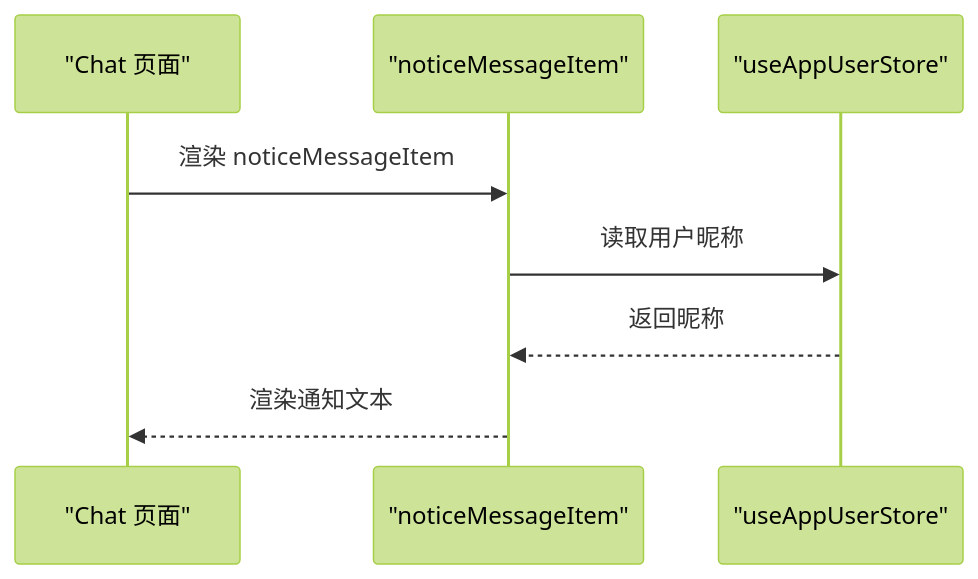
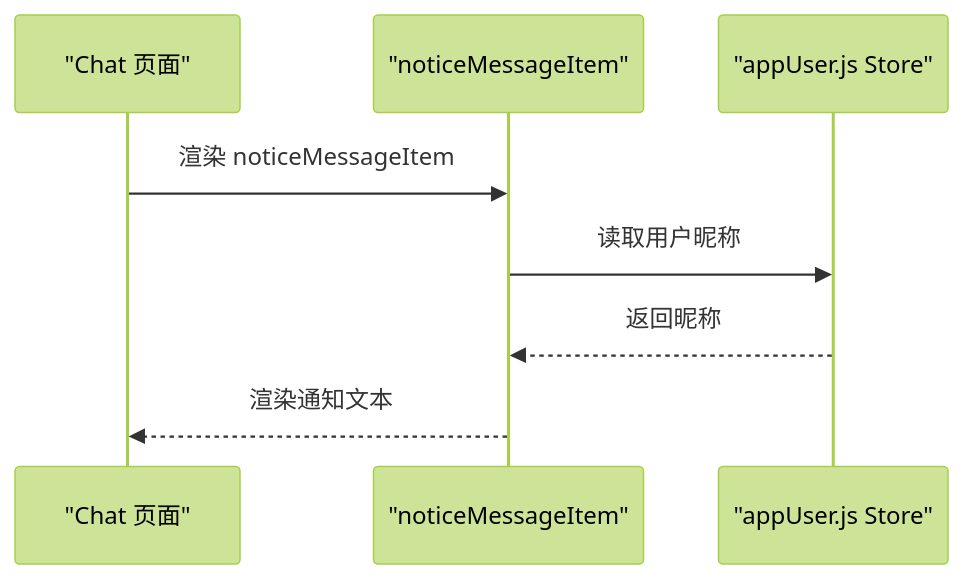
One commit to Easemob-Community/easemob-uikit-uniapp-community changed the seventh of 9 diagrams in .qoder/repowiki/zh/content/群组模块/群组模块.md. Above: the diagram before and after it, drawn with Mermaid (forest theme). The commit also changed other lines of this file and 14 other files, not shown here.

````diff
--- a/.qoder/repowiki/zh/content/群组模块/群组模块.md
+++ b/.qoder/repowiki/zh/content/群组模块/群组模块.md
@@ -275,10 +284,10 @@
 ```mermaid
 sequenceDiagram
 participant CH as "Chat 页面"
 participant NM as "noticeMessageItem"
-participant AS as "useAppUserStore"
+participant AS as "appUser.js Store"
 CH->>NM : 渲染 noticeMessageItem
 NM->>AS : 读取用户昵称
 AS-->>NM : 返回昵称
 NM-->>CH : 渲染通知文本
 ```
````
